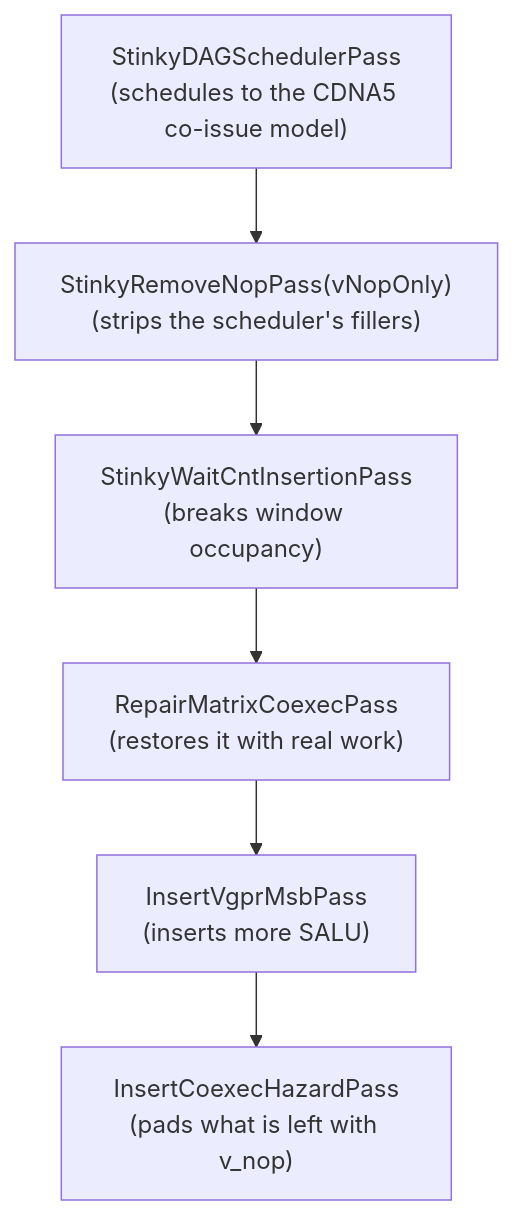
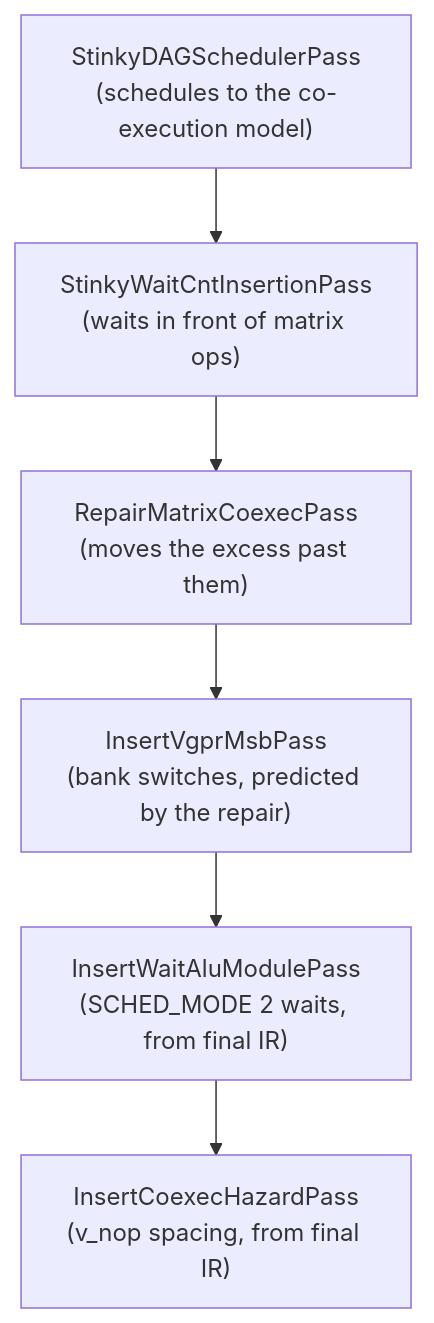
One commit to ROCm/rocm-libraries changed the diagram in shared/stinkytofu/docs/developer/repair-matrix-coexec-pass.md. Above: the diagram before and after it, drawn with Mermaid. The commit also changed other lines of this file and 30 other files, not shown here.

Commit message:
feat(stinkytofu): redesign RepairMatrixCoexecPass around its own ready queue and excess-work model

````diff
--- a/shared/stinkytofu/docs/developer/repair-matrix-coexec-pass.md
+++ b/shared/stinkytofu/docs/developer/repair-matrix-coexec-pass.md
@@ -74,10 +11,10 @@
 ```mermaid
 flowchart TD
-  sched["StinkyDAGSchedulerPass<br>(schedules to the CDNA5 co-issue model)"]
-  nop["StinkyRemoveNopPass(vNopOnly)<br>(strips the scheduler's fillers)"]
-  wait["StinkyWaitCntInsertionPass<br>(breaks window occupancy)"]
-  repair["RepairMatrixCoexecPass<br>(restores it with real work)"]
-  msb["InsertVgprMsbPass<br>(inserts more SALU)"]
-  coexec["InsertCoexecHazardPass<br>(pads what is left with v_nop)"]
-  sched --> nop --> wait --> repair --> msb --> coexec
+  sched["StinkyDAGSchedulerPass<br>(schedules to the co-execution model)"]
+  wait["StinkyWaitCntInsertionPass<br>(waits in front of matrix ops)"]
+  repair["RepairMatrixCoexecPass<br>(moves the excess past them)"]
+  msb["InsertVgprMsbPass<br>(bank switches, predicted by the repair)"]
+  waitalu["InsertWaitAluModulePass<br>(SCHED_MODE 2 waits, from final IR)"]
+  coexec["InsertCoexecHazardPass<br>(v_nop spacing, from final IR)"]
+  sched --> wait --> repair --> msb --> waitalu --> coexec
 ```
````
